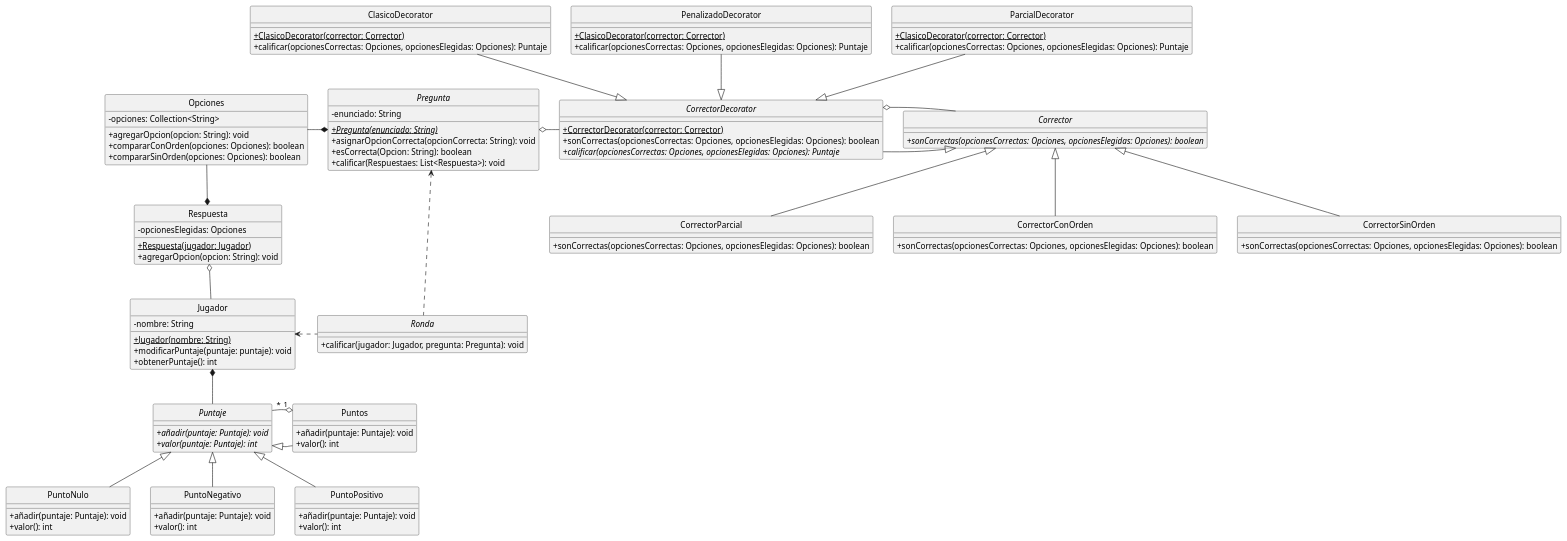
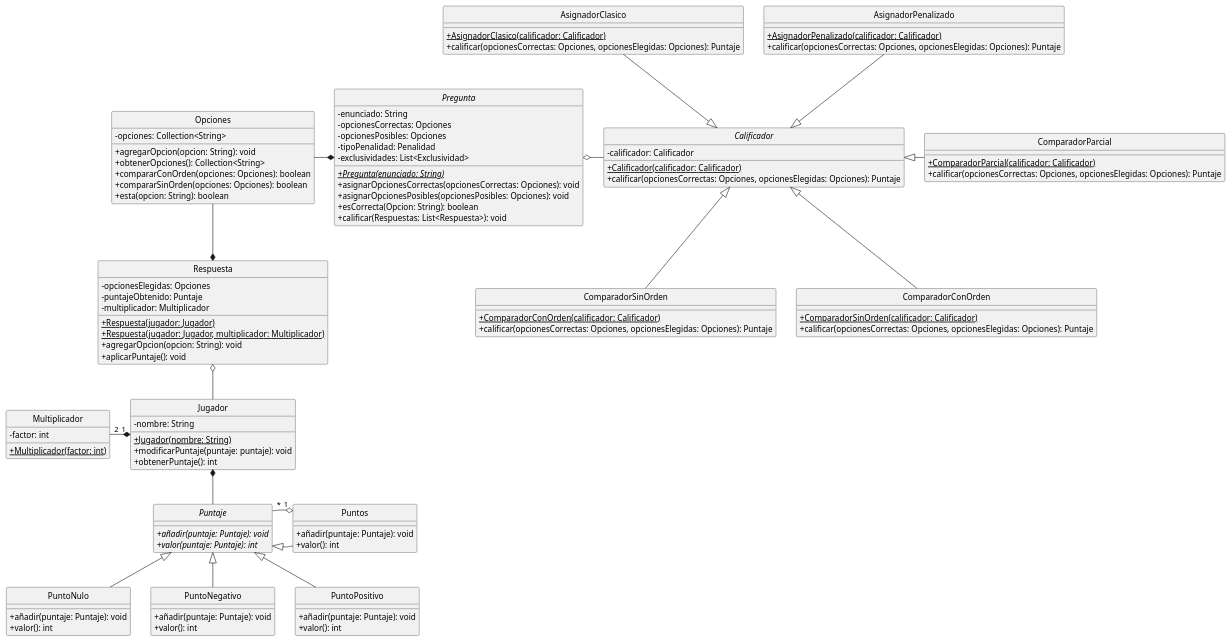
Before and after one commit to AmayaSantos/TP2-1: the diagram in src/main/java/edu/fiuba/algo3/modelo/diagramas/ModeloPosibleRefactorizacion.puml, drawn with PlantUML. The commit also changed 14 other files, not shown here.

Commit message:
Opciones terminado y se elimino carpeta Corrector

```diff
--- a/src/main/java/edu/fiuba/algo3/modelo/diagramas/ModeloPosibleRefactorizacion.puml
+++ b/src/main/java/edu/fiuba/algo3/modelo/diagramas/ModeloPosibleRefactorizacion.puml
@@ -1,122 +1,127 @@
 @startuml
 hide circle
 skinparam classAttributeIconSize 0
 
 'Clases
 Class Opciones{
     -opciones: Collection<String>
     +agregarOpcion(opcion: String): void
+    +obtenerOpciones(): Collection<String>
     +compararConOrden(opciones: Opciones): boolean
     +compararSinOrden(opciones: Opciones): boolean
+    +esta(opcion: String): boolean
 }
 
 Abstract Class Pregunta{
     -enunciado: String
+    -opcionesCorrectas: Opciones
+    -opcionesPosibles: Opciones
+    -tipoPenalidad: Penalidad
+    -exclusividades: List<Exclusividad>
     +{abstract}{static}Pregunta(enunciado: String)
-    +asignarOpcionCorrecta(opcionCorrecta: String): void
+    +asignarOpcionesCorrectas(opcionesCorrectas: Opciones): void
+    +asignarOpcionesPosibles(opcionesPosibles: Opciones): void
     +esCorrecta(Opcion: String): boolean
-    +calificar(Respuestaes: List<Respuesta>): void
+    +calificar(Respuestas: List<Respuesta>): void
 }
 
 Class Respuesta{
     -opcionesElegidas: Opciones
+    -puntajeObtenido: Puntaje
+    -multiplicador: Multiplicador
     +{static}Respuesta(jugador: Jugador)
+    +{static}Respuesta(jugador: Jugador, multiplicador: Multiplicador)
     +agregarOpcion(opcion: String): void
+    +aplicarPuntaje(): void
 }
 
 Class Jugador{
     -nombre: String
     +{Static}Jugador(nombre: String)
     +modificarPuntaje(puntaje: puntaje): void
     +obtenerPuntaje(): int
 }
 
 Abstract Class Puntaje{
     +{abstract}añadir(puntaje: Puntaje): void
     +{abstract}valor(puntaje: Puntaje): int
 }
 
 Class Puntos{
     +añadir(puntaje: Puntaje): void
     +valor(): int
 }
 
 Class PuntoNulo{
     +añadir(puntaje: Puntaje): void
     +valor(): int
 }
 
 Class PuntoNegativo{
     +añadir(puntaje: Puntaje): void
     +valor(): int
 }
 
 Class PuntoPositivo{
     +añadir(puntaje: Puntaje): void
     +valor(): int
 }
 
-Interface Corrector{
-    +{abstract}sonCorrectas(opcionesCorrectas: Opciones, opcionesElegidas: Opciones): boolean
-}
-
-Class CorrectorConOrden{
-    +sonCorrectas(opcionesCorrectas: Opciones, opcionesElegidas: Opciones): boolean
-}
-
-Class CorrectorSinOrden{
-    +sonCorrectas(opcionesCorrectas: Opciones, opcionesElegidas: Opciones): boolean
-}
-
-Class CorrectorParcial{
-    +sonCorrectas(opcionesCorrectas: Opciones, opcionesElegidas: Opciones): boolean
-}
-
-Abstract Class CorrectorDecorator{
-    +{Static}CorrectorDecorator(corrector: Corrector)
-    +sonCorrectas(opcionesCorrectas: Opciones, opcionesElegidas: Opciones): boolean
-    +{abstract}calificar(opcionesCorrectas: Opciones, opcionesElegidas: Opciones): Puntaje
-}
-
-Class ClasicoDecorator{
-    +{Static}ClasicoDecorator(corrector: Corrector)
+Abstract Calificador{
+    -calificador: Calificador
+    +{static}Calificador(calificador: Calificador)
     +calificar(opcionesCorrectas: Opciones, opcionesElegidas: Opciones): Puntaje
 }
 
-Class PenalizadoDecorator{
-    +{Static}ClasicoDecorator(corrector: Corrector)
+Class ComparadorSinOrden{
+    +{static}ComparadorConOrden(calificador: Calificador)
     +calificar(opcionesCorrectas: Opciones, opcionesElegidas: Opciones): Puntaje
 }
 
-Class ParcialDecorator{
-    +{Static}ClasicoDecorator(corrector: Corrector)
+Class ComparadorConOrden{
+    +{static}ComparadorSinOrden(calificador: Calificador)
     +calificar(opcionesCorrectas: Opciones, opcionesElegidas: Opciones): Puntaje
 }
 
-Abstract Class Ronda{
-    +calificar(jugador: Jugador, pregunta: Pregunta): void
+Class ComparadorParcial{
+    +{static}ComparadorParcial(calificador: Calificador)
+    +calificar(opcionesCorrectas: Opciones, opcionesElegidas: Opciones): Puntaje
+}
+
+Class AsignadorClasico{
+    +{static}AsignadorClasico(calificador: Calificador)
+    +calificar(opcionesCorrectas: Opciones, opcionesElegidas: Opciones): Puntaje
+}
+
+Class AsignadorPenalizado{
+    +{static}AsignadorPenalizado(calificador: Calificador)
+    +calificar(opcionesCorrectas: Opciones, opcionesElegidas: Opciones): Puntaje
+}
+
+Class Multiplicador{
+    -factor: int
+    +{static}Multiplicador(factor: int)
 }
 
 'Relaciones
 Respuesta o-- Jugador
 Pregunta *-left- Opciones
 Respuesta *-up- Opciones
+
 PuntoNegativo -up-|> Puntaje
 PuntoNulo -up-|> Puntaje
 PuntoPositivo -up-|> Puntaje
 Puntos -left-|> Puntaje
 Puntos "1" o-left- "*" Puntaje
 Jugador *-- Puntaje
-Pregunta o-right- CorrectorDecorator
-CorrectorDecorator -right-|> Corrector
-CorrectorDecorator o-right- Corrector
-CorrectorSinOrden -up-|> Corrector
-CorrectorConOrden -up-|> Corrector
-CorrectorParcial -up-|> Corrector
-ClasicoDecorator -down-|> CorrectorDecorator
-PenalizadoDecorator --|> CorrectorDecorator
-ParcialDecorator --|> CorrectorDecorator
-Ronda .left.> Jugador
-Ronda .left.> Pregunta
+
+Pregunta o-right- Calificador
+ComparadorConOrden -up-|> Calificador
+ComparadorSinOrden -up-|> Calificador
+ComparadorParcial -left-|> Calificador
+AsignadorClasico --|> Calificador
+AsignadorPenalizado --|> Calificador
+
+Jugador "1" *-left- "2" Multiplicador
 
 @enduml
```
